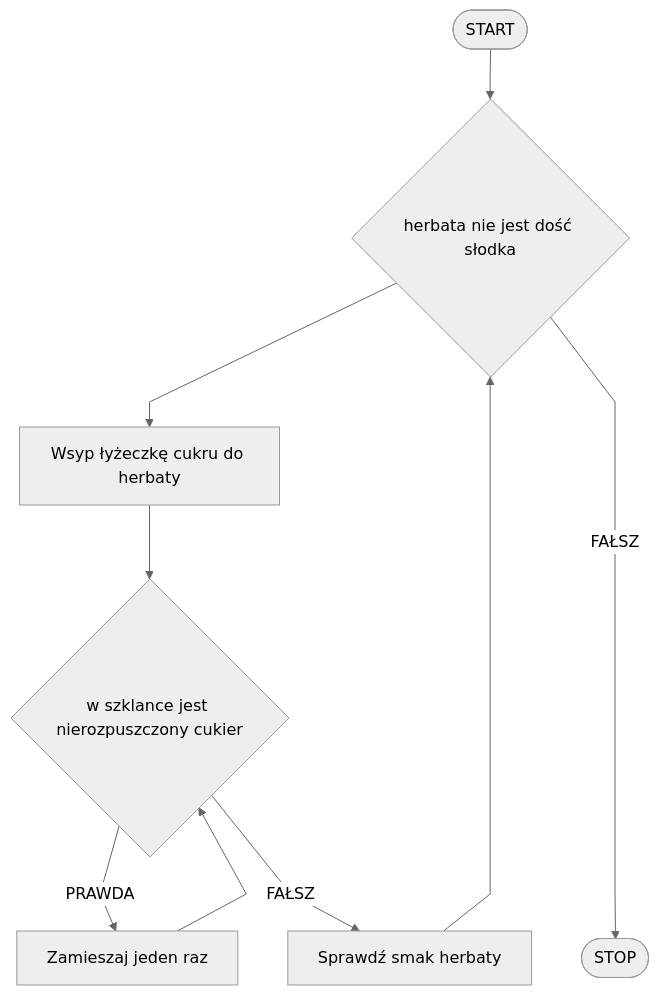
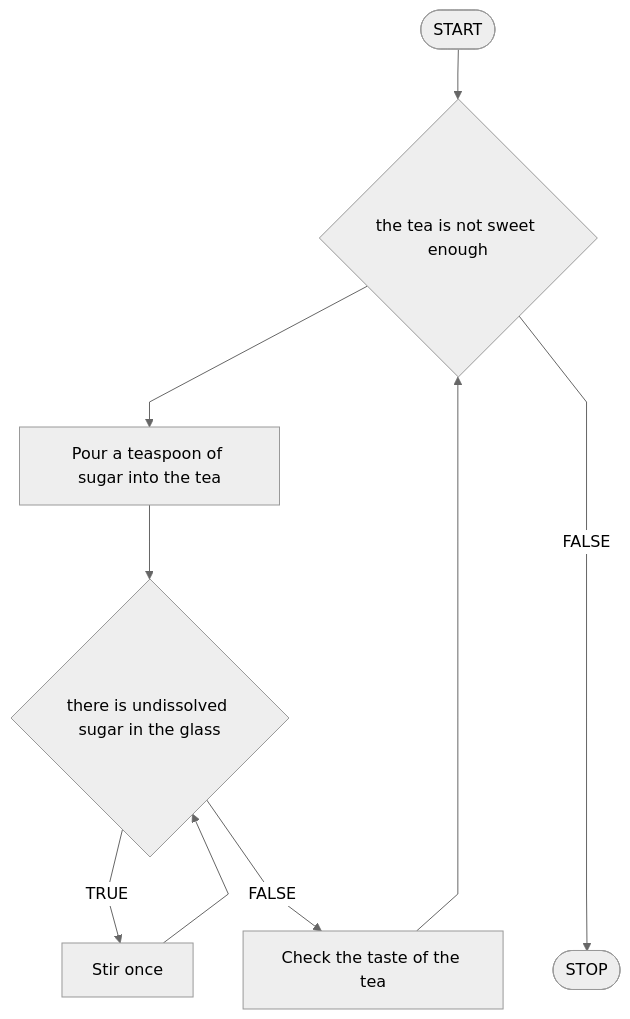
The second of 2 diagrams in docs/algorithms/introduction/conditional-loop.md (blackbat13/edu-cs-htiew-en), drawn with Mermaid before and after one commit. The commit also changed other lines of this file and 682 other files, not shown here.

````diff
--- a/docs/algorithms/introduction/conditional-loop.md
+++ b/docs/algorithms/introduction/conditional-loop.md
@@ -65,12 +65,12 @@
 ```mermaid
 %%{init: {"flowchart": {"curve": "linear"}, "theme": "neutral"} }%%
 flowchart TD
-    START([START]) --> K1{herbata nie jest dość słodka}
-    K1 --> K2[Wsyp łyżeczkę cukru do herbaty]
-    K2 --> K3{w szklance jest nierozpuszczony cukier}
-    K3 -- PRAWDA --> K4[Zamieszaj jeden raz]
+    START([START]) --> K1{the tea is not sweet enough}
+    K1 --> K2[Pour a teaspoon of sugar into the tea]
+    K2 --> K3{there is undissolved sugar in the glass}
+    K3 -- TRUE --> K4[Stir once]
     K4 --> K3
-    K3 -- FAŁSZ --> K5[Sprawdź smak herbaty]
+    K3 -- FALSE --> K5[Check the taste of the tea]
     K5 --> K1
-    K1 -- FAŁSZ ----> STOP([STOP])
+    K1 -- FALSE ----> STOP([STOP])
 ```
````
